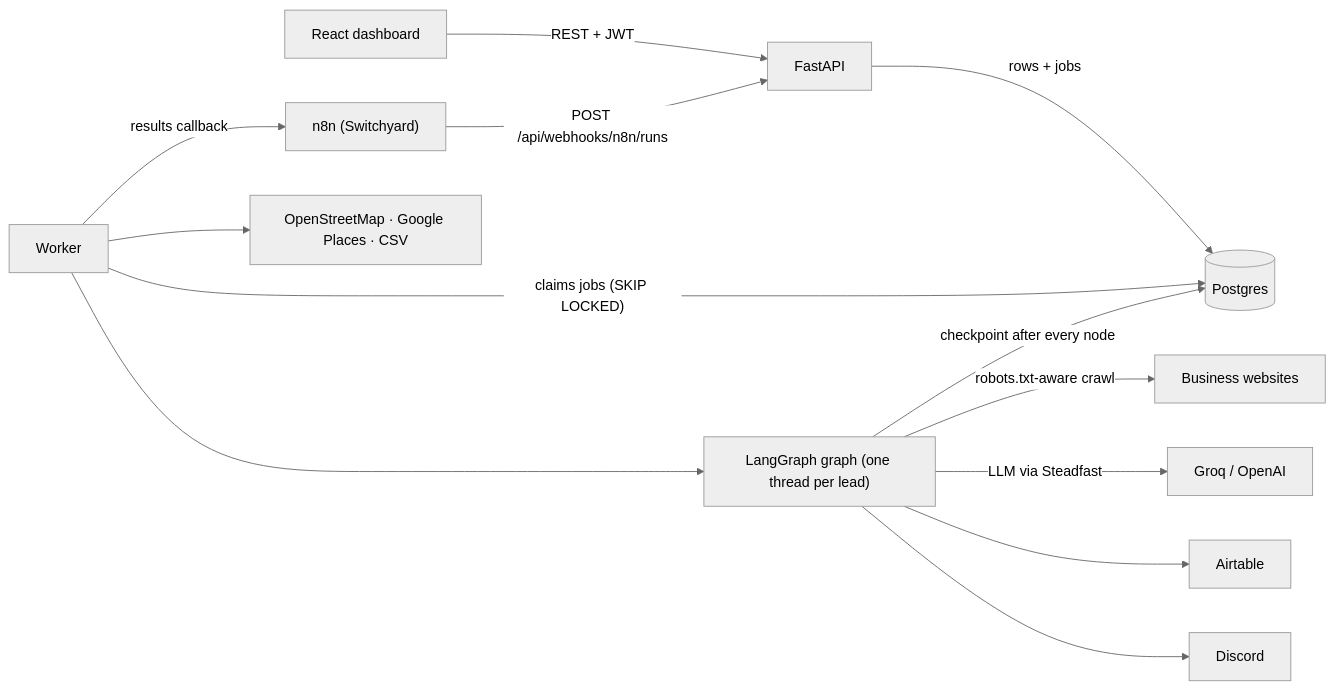
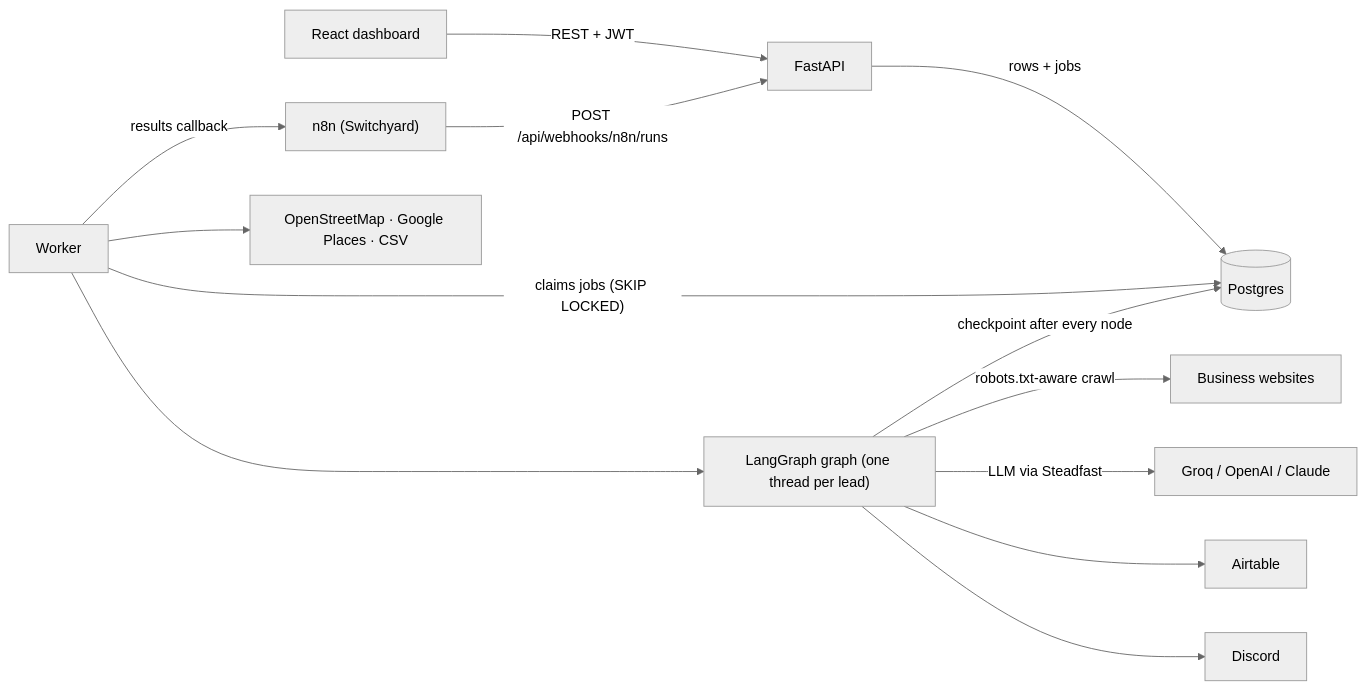
The first of 2 diagrams in README.md (maniesh-lab/leadgate), drawn with Mermaid (neutral theme) before and after one commit. The commit also changed other lines of this file and 1 other file, not shown here.

Commit message:
docs: Claude as an LLM option in the README and ARCHITECTURE

````diff
--- a/README.md
+++ b/README.md
@@ -31,15 +31,15 @@
 ```mermaid
 flowchart LR
   UI["React dashboard"] -->|"REST + JWT"| API["FastAPI"]
   N8N["n8n (Switchyard)"] -->|"POST /api/webhooks/n8n/runs"| API
   API -->|"rows + jobs"| DB[("Postgres")]
   W["Worker"] -->|"claims jobs (SKIP LOCKED)"| DB
   W --> SRC["OpenStreetMap · Google Places · CSV"]
   W --> G["LangGraph graph (one thread per lead)"]
   G -->|"checkpoint after every node"| DB
   G -->|"robots.txt-aware crawl"| WEB["Business websites"]
-  G -->|"LLM via Steadfast"| LLM["Groq / OpenAI"]
+  G -->|"LLM via Steadfast"| LLM["Groq / OpenAI / Claude"]
   G --> CRM["Airtable"]
   G --> D["Discord"]
   W -->|"results callback"| N8N
 ```
````
